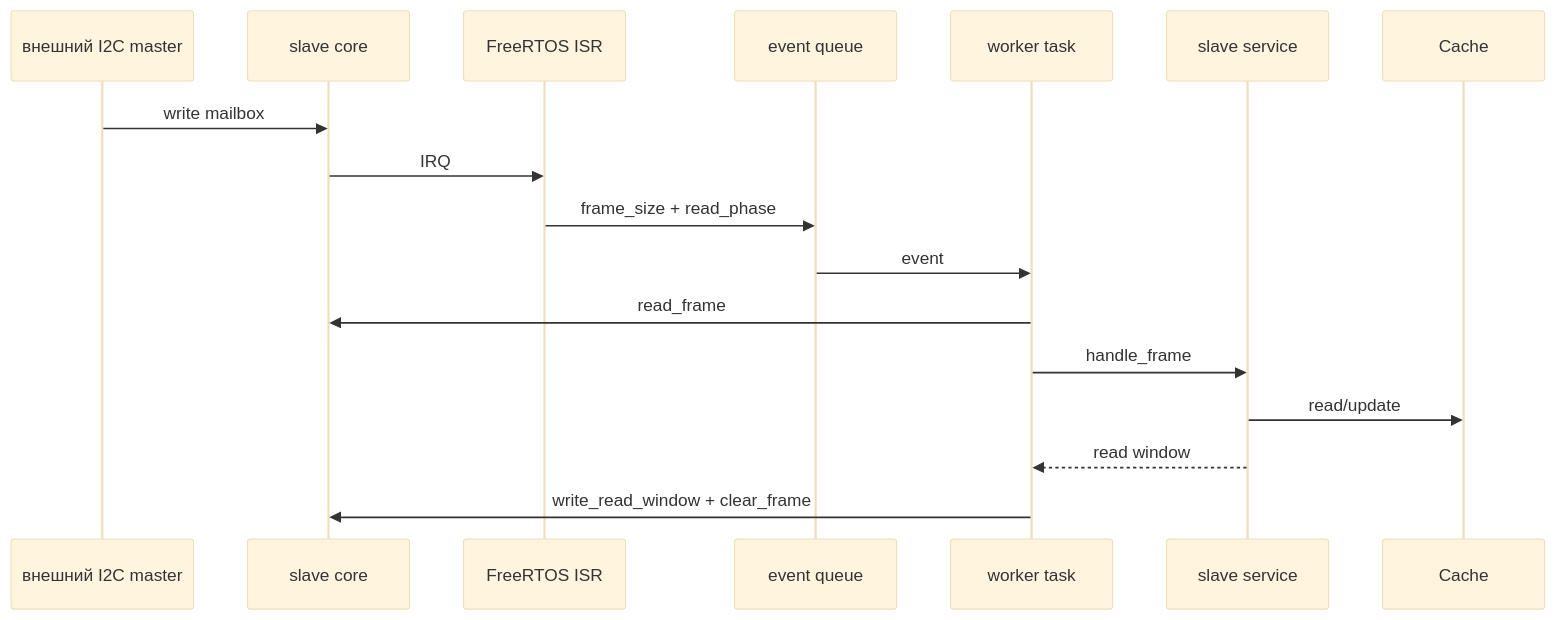
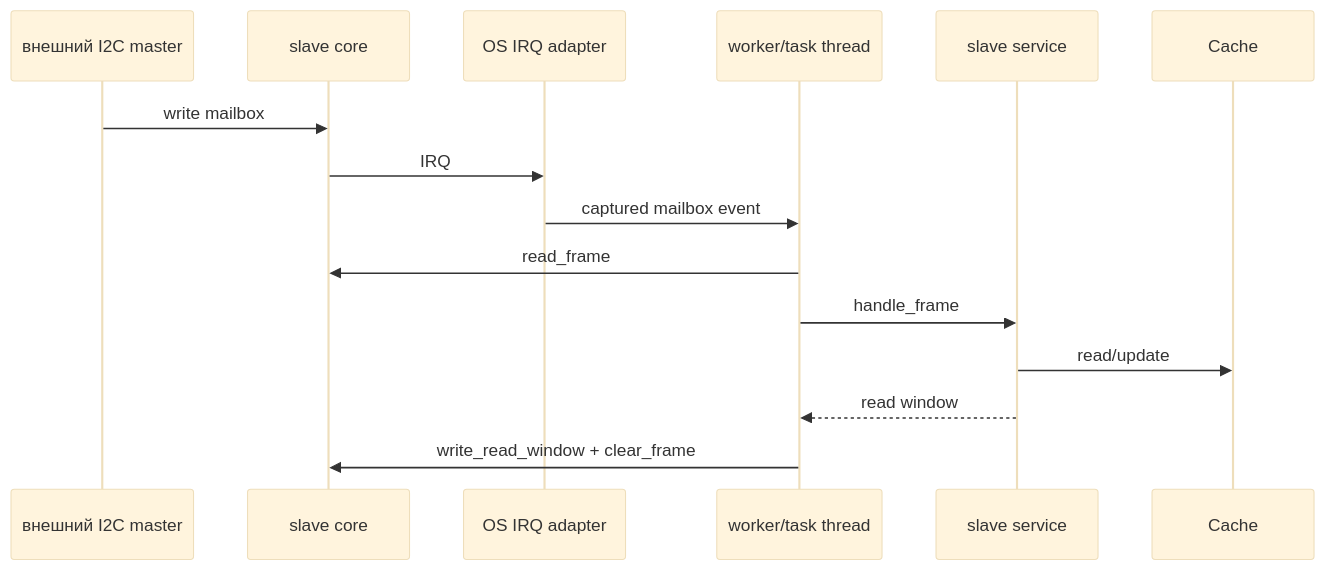
Before and after one commit to igtrefilov/bvstk: the fourth of 4 diagrams in docs/dev/pl/i2c.md, drawn with Mermaid (base theme). The commit also changed other lines of this file and 46 other files, not shown here.

````diff
--- a/docs/dev/pl/i2c.md
+++ b/docs/dev/pl/i2c.md
@@ -162,20 +163,18 @@
 ```mermaid
 sequenceDiagram
     participant Bus as внешний I2C master
     participant PL as slave core
-    participant ISR as FreeRTOS ISR
-    participant Queue as event queue
-    participant Worker as worker task
+    participant IRQ as OS IRQ adapter
+    participant Worker as worker/task thread
     participant Service as slave service
     participant Cache
 
     Bus->>PL: write mailbox
-    PL->>ISR: IRQ
-    ISR->>Queue: frame_size + read_phase
-    Queue->>Worker: event
+    PL->>IRQ: IRQ
+    IRQ->>Worker: captured mailbox event
     Worker->>PL: read_frame
     Worker->>Service: handle_frame
     Service->>Cache: read/update
     Service-->>Worker: read window
     Worker->>PL: write_read_window + clear_frame
 ```
````
